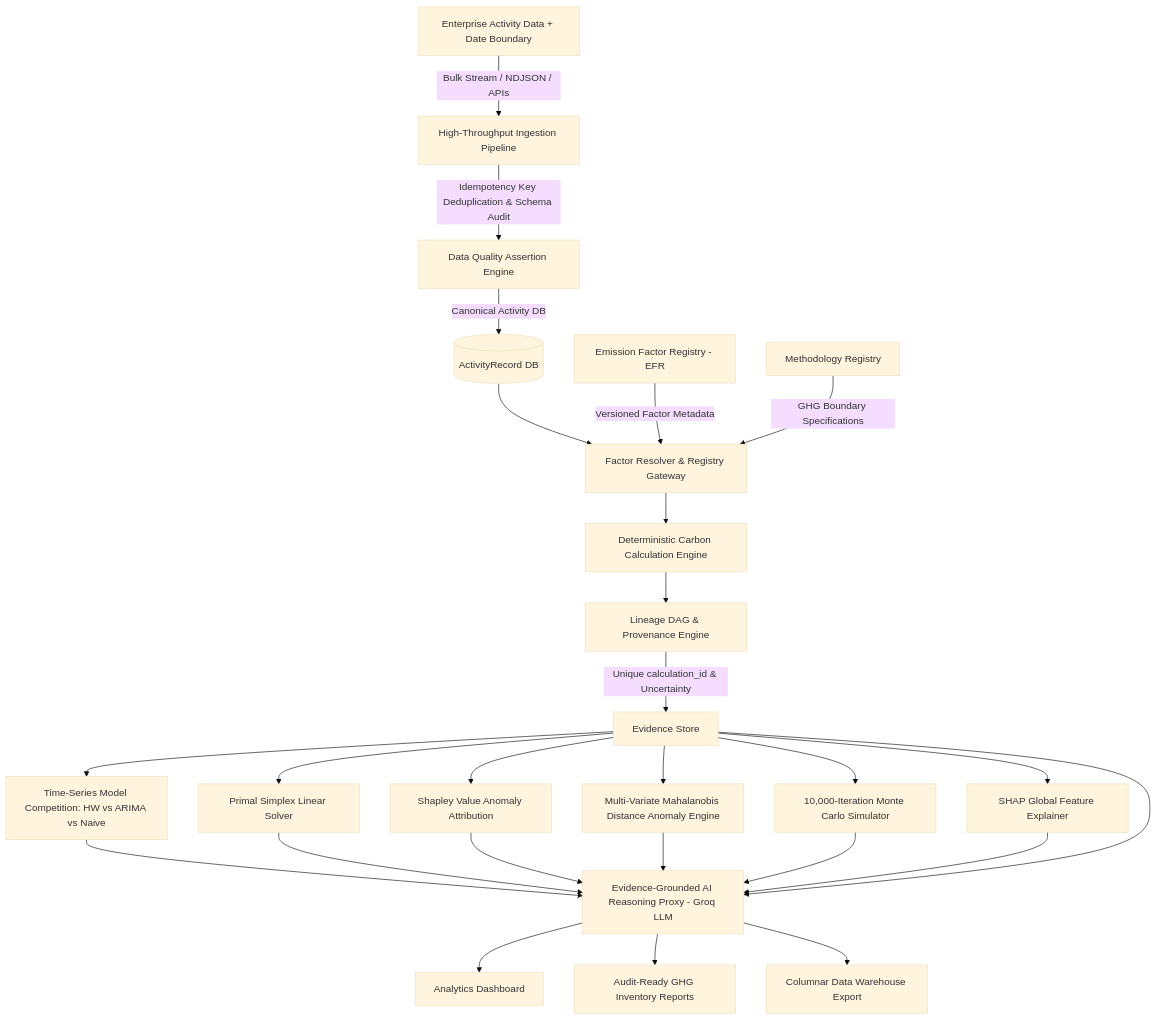
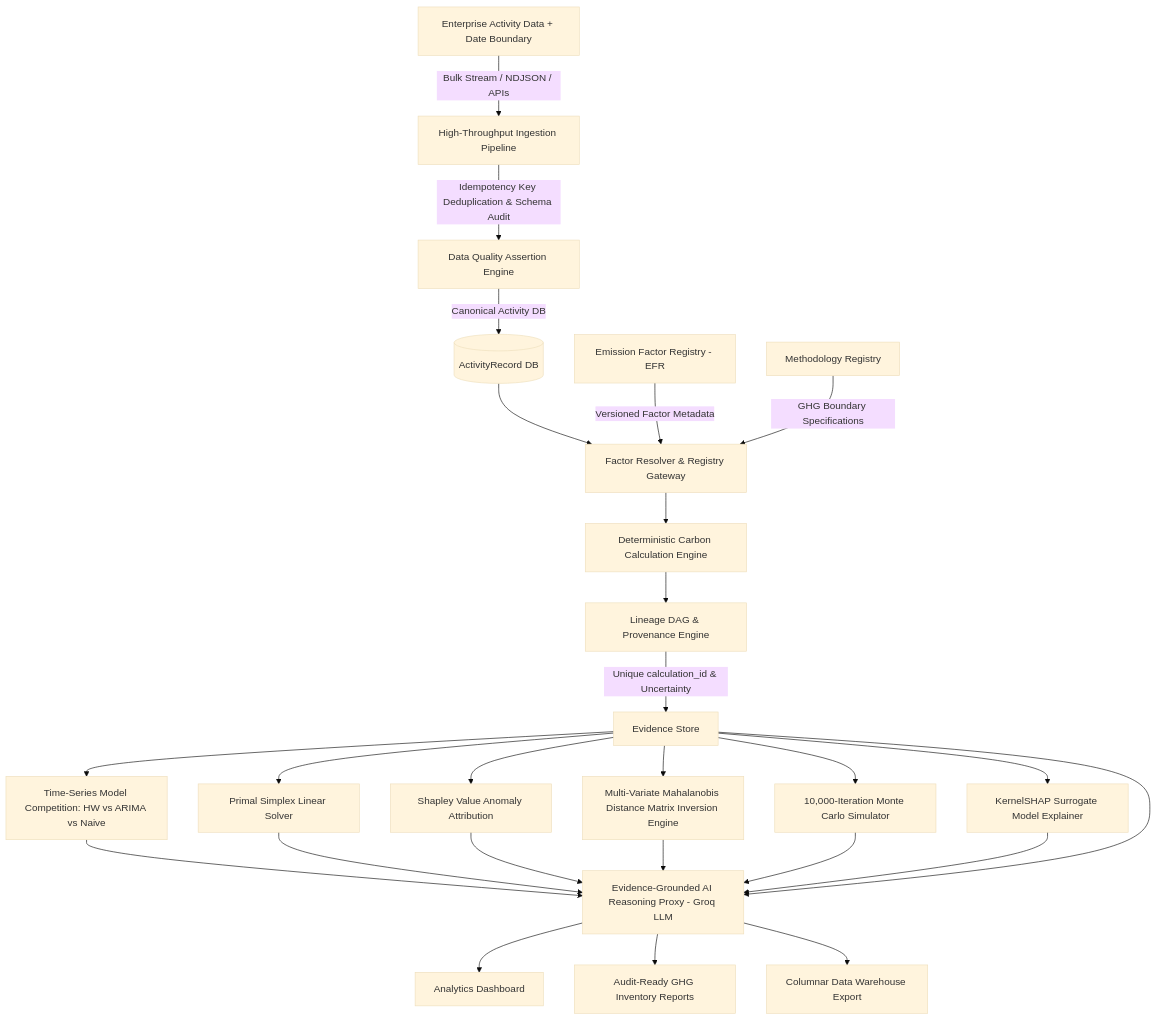
Before and after one commit to Dhruvg334/Carbonly: the diagram in README.md, drawn with Mermaid (base theme). The commit also changed other lines of this file and 5 other files, not shown here.

Commit message:
fix(ds): implement CSS ARIMA theta estimation, KernelSHAP surrogate explainer, 5x5 Gauss-Jordan matrix inversion, and Log-Normal Monte Carlo sampling

````diff
--- a/README.md
+++ b/README.md
@@ -30,31 +30,31 @@
 ```mermaid
 graph TD
     A[Enterprise Activity Data + Date Boundary] -->|Bulk Stream / NDJSON / APIs| B[High-Throughput Ingestion Pipeline]
     B -->|Idempotency Key Deduplication & Schema Audit| C[Data Quality Assertion Engine]
     C -->|Canonical Activity DB| D[(ActivityRecord DB)]
     D --> E[Factor Resolver & Registry Gateway]
     F[Emission Factor Registry - EFR] -->|Versioned Factor Metadata| E
     G[Methodology Registry] -->|GHG Boundary Specifications| E
     E --> H[Deterministic Carbon Calculation Engine]
     H --> I[Lineage DAG & Provenance Engine]
     I -->|Unique calculation_id & Uncertainty| J[Evidence Store]
     
     J --> K[Time-Series Model Competition: HW vs ARIMA vs Naive]
     J --> L[Primal Simplex Linear Solver]
     J --> M[Shapley Value Anomaly Attribution]
-    J --> R[Multi-Variate Mahalanobis Distance Anomaly Engine]
+    J --> R[Multi-Variate Mahalanobis Distance Matrix Inversion Engine]
     J --> S[10,000-Iteration Monte Carlo Simulator]
-    J --> T[SHAP Global Feature Explainer]
+    J --> T[KernelSHAP Surrogate Model Explainer]
     
     K --> N[Evidence-Grounded AI Reasoning Proxy - Groq LLM]
     L --> N
     M --> N
     R --> N
     S --> N
     T --> N
     J --> N
     
     N --> O[Analytics Dashboard]
     N --> P[Audit-Ready GHG Inventory Reports]
     N --> Q[Columnar Data Warehouse Export]
 ```
````
